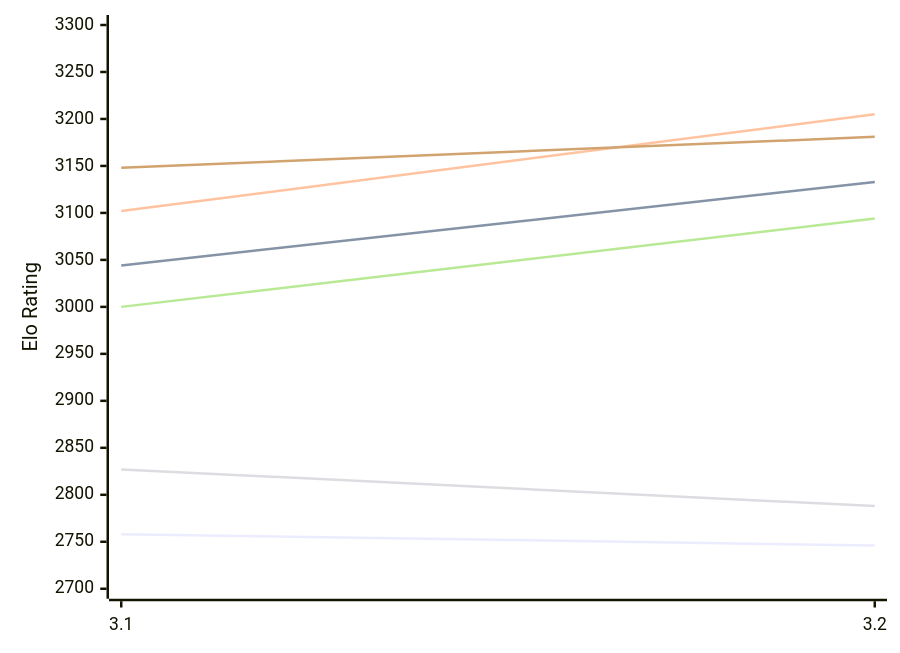
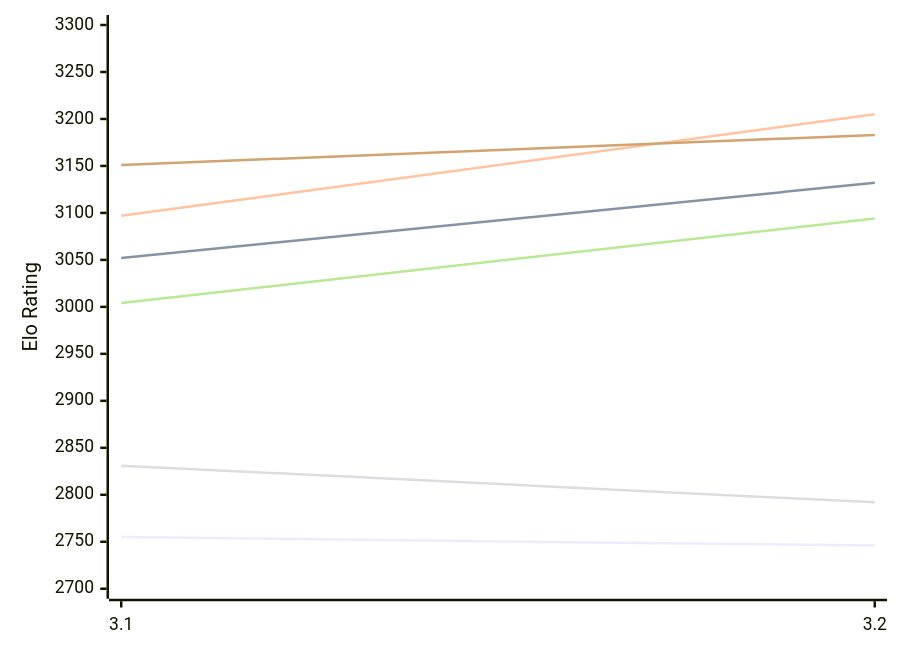
Before and after one commit to computer-chess-index/cci: the first of 2 diagrams in engines/Vajolet2.md, drawn with Mermaid. The commit also changed other lines of this file, not shown here.

Commit message:
Update CCI Ratings (ELO VLTC) - 2026-11-24

````diff
--- a/engines/Vajolet2.md
+++ b/engines/Vajolet2.md
@@ -51,12 +51,12 @@
 ```mermaid
 %%{init: {"theme":"base","themeVariables":{"seriesColors:['#a3a3a3','#222221','#faa371']}}}%%
 xychart-beta
   x-axis ["3.1", "3.2"]
   y-axis "Elo Rating" 2700 --> 3300
-  line "E1: STC (8.0+0.08s)" [2758, 2746]
-  line "E1: LTC (60.0+0.60s)" [3044, 3133]
-  line "E1: VLTC (2m24s+1.12s)" [3102, 3205]
-  line "P1: STC (8.0+0.08s)" [2827, 2788]
-  line "P1: LTC (60.0+0.60s)" [3000, 3094]
-  line "P1: VLTC (2m24s+1.12s)" [3148, 3181]
+  line "E1: STC (8.0+0.08s)" [2755, 2746]
+  line "E1: LTC (60.0+0.60s)" [3052, 3132]
+  line "E1: VLTC (2m24s+1.12s)" [3097, 3205]
+  line "P1: STC (8.0+0.08s)" [2831, 2792]
+  line "P1: LTC (60.0+0.60s)" [3004, 3094]
+  line "P1: VLTC (2m24s+1.12s)" [3151, 3183]
 ```
````
